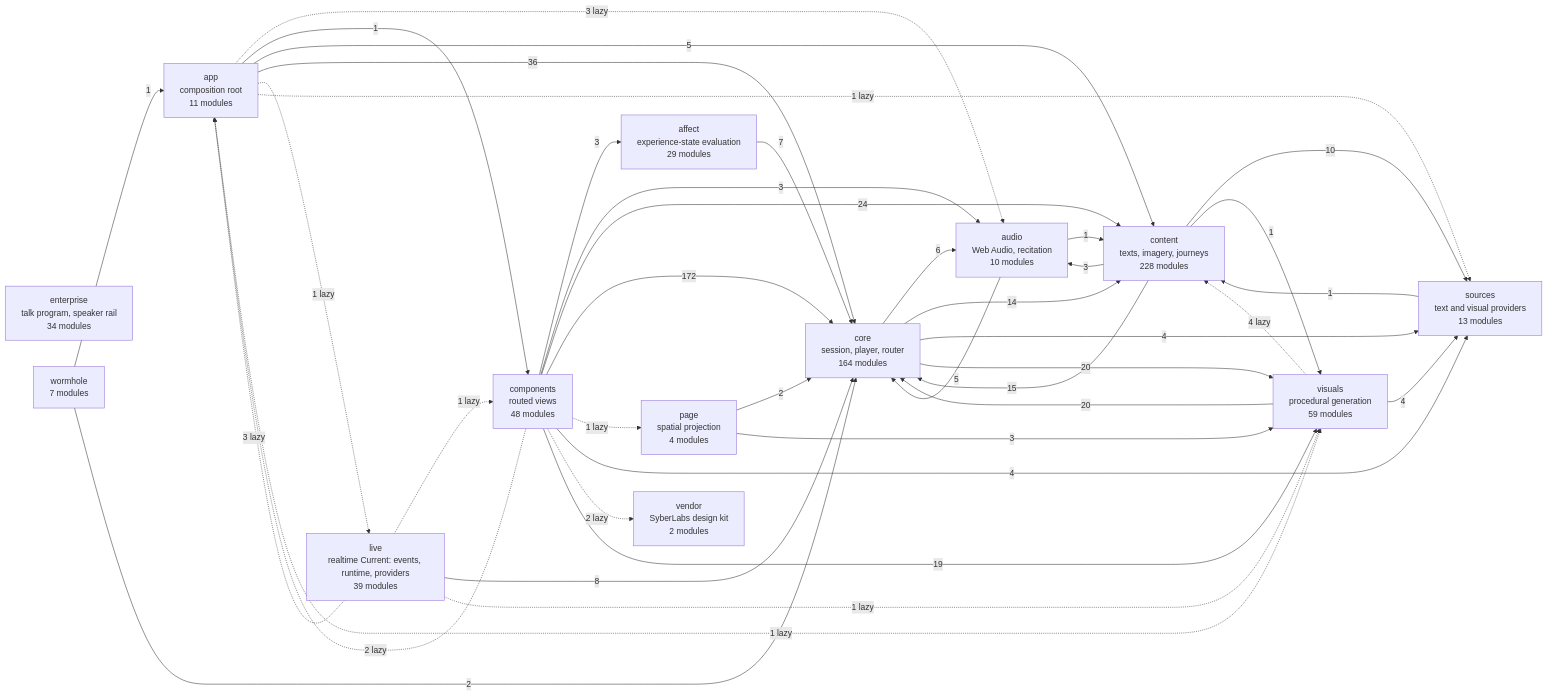
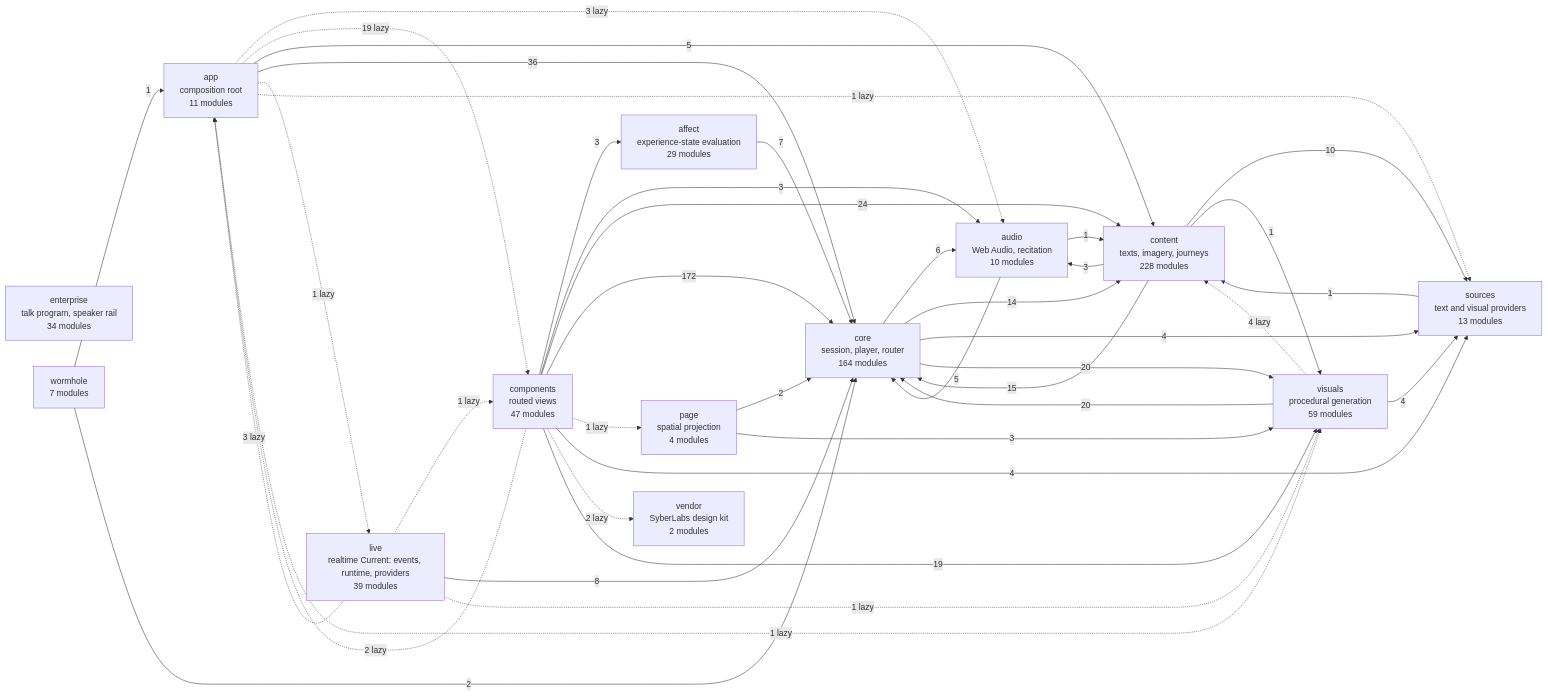
The diagram in docs/specs/ARCHITECTURE.md (SyberLabs/RISE), drawn with Mermaid before and after one commit. The commit also changed other lines of this file and 54 other files, not shown here.

````diff
--- a/docs/specs/ARCHITECTURE.md
+++ b/docs/specs/ARCHITECTURE.md
@@ -151,56 +151,56 @@
 ```mermaid
 flowchart LR
     affect["affect<br/>experience-state evaluation<br/>29 modules"]
     app["app<br/>composition root<br/>11 modules"]
     audio["audio<br/>Web Audio, recitation<br/>10 modules"]
-    components["components<br/>routed views<br/>48 modules"]
+    components["components<br/>routed views<br/>47 modules"]
     content["content<br/>texts, imagery, journeys<br/>228 modules"]
     core["core<br/>session, player, router<br/>164 modules"]
     enterprise["enterprise<br/>talk program, speaker rail<br/>34 modules"]
     live["live<br/>realtime Current: events, runtime, providers<br/>39 modules"]
     page["page<br/>spatial projection<br/>4 modules"]
     sources["sources<br/>text and visual providers<br/>13 modules"]
     vendor["vendor<br/>SyberLabs design kit<br/>2 modules"]
     visuals["visuals<br/>procedural generation<br/>59 modules"]
     wormhole["wormhole<br/>7 modules"]
 
     affect --> |7| core
     app -.-> |3 lazy| audio
-    app --> |1| components
+    app -.-> |19 lazy| components
     app --> |5| content
     app --> |36| core
     app -.-> |1 lazy| live
     app -.-> |1 lazy| sources
     app -.-> |1 lazy| visuals
     audio --> |1| content
     audio --> |5| core
     components --> |3| affect
     components -.-> |2 lazy| app
     components --> |3| audio
     components --> |24| content
     components --> |172| core
     components -.-> |1 lazy| page
     components --> |4| sources
     components -.-> |2 lazy| vendor
     components --> |19| visuals
     content --> |3| audio
     content --> |15| core
     content --> |10| sources
     content --> |1| visuals
     core --> |6| audio
     core --> |14| content
     core --> |4| sources
     core --> |20| visuals
     live -.-> |3 lazy| app
     live -.-> |1 lazy| components
     live --> |8| core
     live -.-> |1 lazy| visuals
     page --> |2| core
     page --> |3| visuals
     sources --> |1| content
     visuals -.-> |4 lazy| content
     visuals --> |20| core
     visuals --> |4| sources
     wormhole --> |1| app
     wormhole --> |2| core
 ```
````
